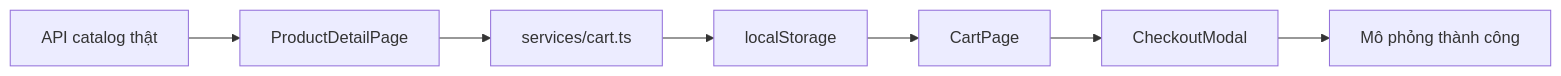
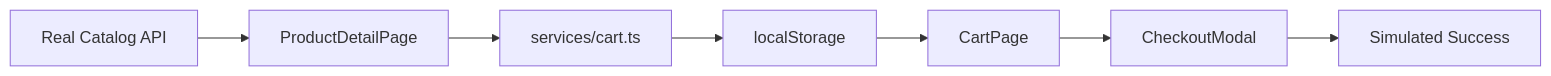
Before and after one commit to MinhPhuc00ne/project-nexus: the second of 3 diagrams in frontend/FE_FILE_GUIDE.md, drawn with Mermaid. The commit also changed other lines of this file and 9 other files, not shown here.

````diff
--- a/frontend/FE_FILE_GUIDE.md
+++ b/frontend/FE_FILE_GUIDE.md
@@ -241,9 +241,9 @@
 ```mermaid
 flowchart LR
-  A[API catalog thật] --> B[ProductDetailPage]
+  A[Real Catalog API] --> B[ProductDetailPage]
   B --> C[services/cart.ts]
   C --> D[localStorage]
   D --> E[CartPage]
   E --> F[CheckoutModal]
-  F --> G[Mô phỏng thành công]
+  F --> G[Simulated Success]
 ```
````
